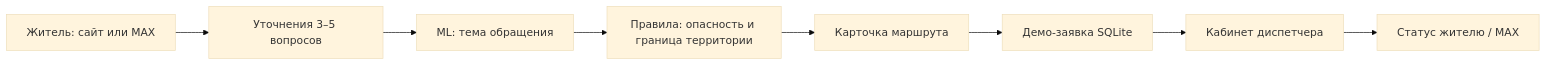
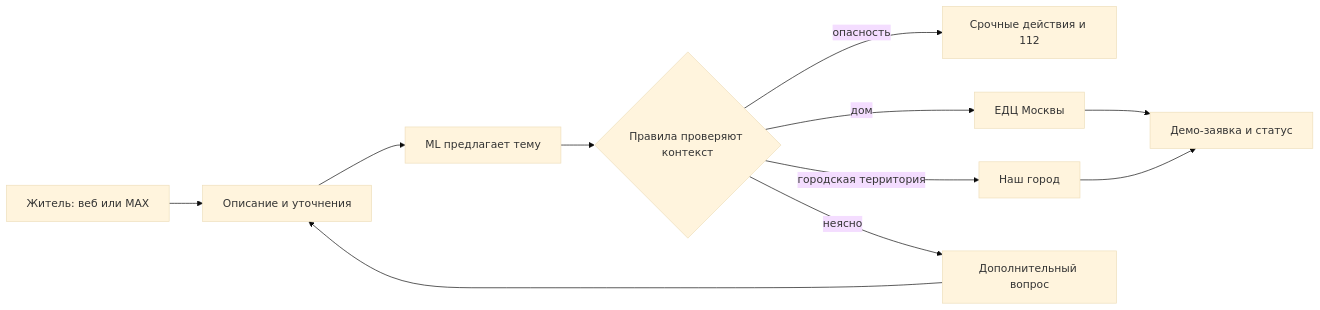
The diagram in README.md (dmksk/marshrut-zayavki-moscow), drawn with Mermaid (base theme) before and after one commit. The commit also changed other lines of this file, not shown here.

````diff
--- a/README.md
+++ b/README.md
@@ -40,10 +50,13 @@
 ```mermaid
 flowchart LR
-    A[Житель: сайт или MAX] --> B[Уточнения 3–5 вопросов]
-    B --> C[ML: тема обращения]
-    C --> D[Правила: опасность и граница территории]
-    D --> E[Карточка маршрута]
-    E --> F[Демо-заявка SQLite]
-    F --> G[Кабинет диспетчера]
-    G --> H[Статус жителю / MAX]
+    A[Житель: веб или MAX] --> B[Описание и уточнения]
+    B --> C[ML предлагает тему]
+    C --> D{Правила проверяют контекст}
+    D -->|опасность| E[Срочные действия и 112]
+    D -->|дом| F[ЕДЦ Москвы]
+    D -->|городская территория| G[Наш город]
+    D -->|неясно| H[Дополнительный вопрос]
+    F --> I[Демо-заявка и статус]
+    G --> I
+    H --> B
 ```
````
